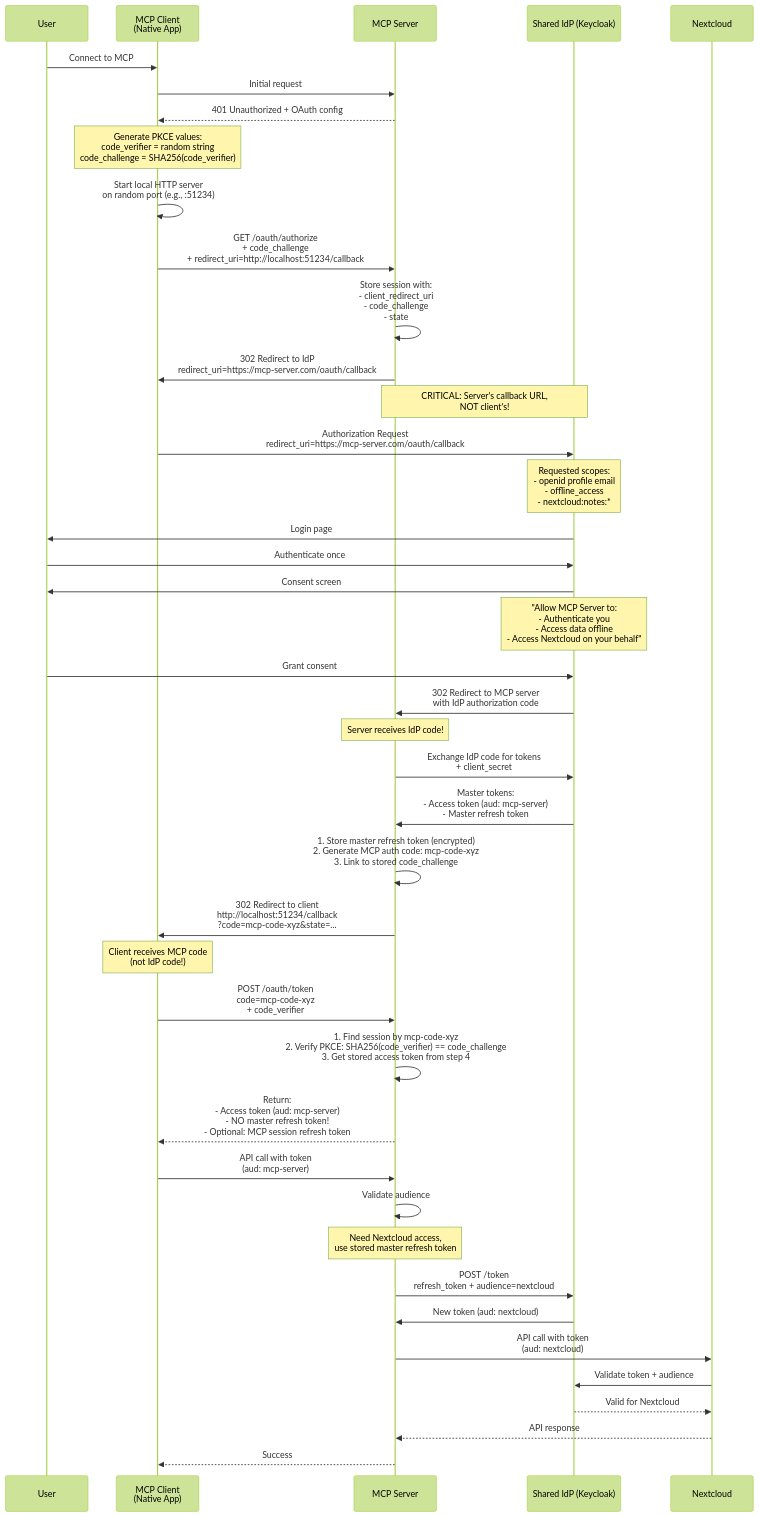
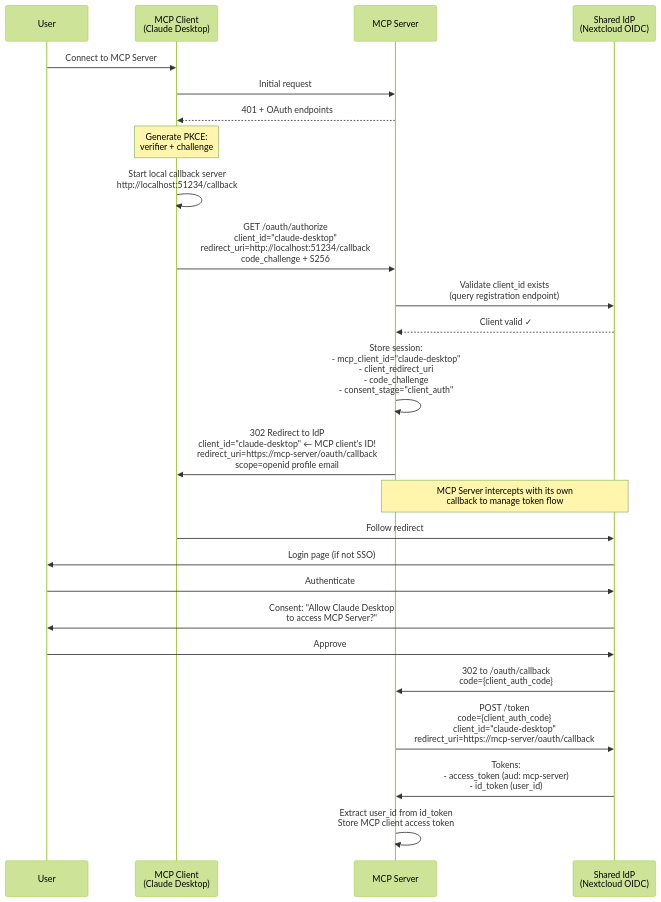
Before and after one commit to cbcoutinho/nextcloud-mcp-server: the first of 5 diagrams in docs/ADR-004-mcp-application-oauth.md, drawn with Mermaid (forest theme). The commit also changed other lines of this file, not shown here.

First line of the commit message:
docs: Update ADR-004 with progressive consent architecture

````diff
--- a/docs/ADR-004-mcp-application-oauth.md
+++ b/docs/ADR-004-mcp-application-oauth.md
@@ -116,66 +158,41 @@
 ```mermaid
 sequenceDiagram
     participant User
-    participant MCPClient as MCP Client<br/>(Native App)
+    participant MCPClient as MCP Client<br/>(Claude Desktop)
     participant MCPServer as MCP Server
-    participant IdP as Shared IdP (Keycloak)
-    participant Nextcloud
+    participant IdP as Shared IdP<br/>(Nextcloud OIDC)
 
-    User->>MCPClient: Connect to MCP
+    User->>MCPClient: Connect to MCP Server
     MCPClient->>MCPServer: Initial request
-    MCPServer-->>MCPClient: 401 Unauthorized + OAuth config
+    MCPServer-->>MCPClient: 401 + OAuth endpoints
 
-    Note over MCPClient: Generate PKCE values:<br/>code_verifier = random string<br/>code_challenge = SHA256(code_verifier)
+    Note over MCPClient: Generate PKCE:<br/>verifier + challenge
 
-    MCPClient->>MCPClient: Start local HTTP server<br/>on random port (e.g., :51234)
+    MCPClient->>MCPClient: Start local callback server<br/>http://localhost:51234/callback
 
-    MCPClient->>MCPServer: GET /oauth/authorize<br/>+ code_challenge<br/>+ redirect_uri=http://localhost:51234/callback
+    MCPClient->>MCPServer: GET /oauth/authorize<br/>client_id="claude-desktop"<br/>redirect_uri=http://localhost:51234/callback<br/>code_challenge + S256
 
-    MCPServer->>MCPServer: Store session with:<br/>- client_redirect_uri<br/>- code_challenge<br/>- state
-    MCPServer->>MCPClient: 302 Redirect to IdP<br/>redirect_uri=https://mcp-server.com/oauth/callback
+    MCPServer->>IdP: Validate client_id exists<br/>(query registration endpoint)
+    IdP-->>MCPServer: Client valid ✓
 
-    Note over MCPServer,IdP: CRITICAL: Server's callback URL,<br/>NOT client's!
+    MCPServer->>MCPServer: Store session:<br/>- mcp_client_id="claude-desktop"<br/>- client_redirect_uri<br/>- code_challenge<br/>- consent_stage="client_auth"
 
-    MCPClient->>IdP: Authorization Request<br/>redirect_uri=https://mcp-server.com/oauth/callback
-    Note over IdP: Requested scopes:<br/>- openid profile email<br/>- offline_access<br/>- nextcloud:notes:*
+    MCPServer->>MCPClient: 302 Redirect to IdP<br/>client_id="claude-desktop" ← MCP client's ID!<br/>redirect_uri=https://mcp-server/oauth/callback<br/>scope=openid profile email
 
-    IdP->>User: Login page
-    User->>IdP: Authenticate once
+    Note over MCPServer,IdP: MCP Server intercepts with its own<br/>callback to manage token flow
 
-    IdP->>User: Consent screen
-    Note over IdP: "Allow MCP Server to:<br/>- Authenticate you<br/>- Access data offline<br/>- Access Nextcloud on your behalf"
+    MCPClient->>IdP: Follow redirect
+    IdP->>User: Login page (if not SSO)
+    User->>IdP: Authenticate
 
-    User->>IdP: Grant consent
-    IdP->>MCPServer: 302 Redirect to MCP server<br/>with IdP authorization code
+    IdP->>User: Consent: "Allow Claude Desktop<br/>to access MCP Server?"
+    User->>IdP: Approve
 
-    Note over MCPServer: Server receives IdP code!
+    IdP->>MCPServer: 302 to /oauth/callback<br/>code={client_auth_code}
 
-    MCPServer->>IdP: Exchange IdP code for tokens<br/>+ client_secret
-    IdP->>MCPServer: Master tokens:<br/>- Access token (aud: mcp-server)<br/>- Master refresh token
+    MCPServer->>IdP: POST /token<br/>code={client_auth_code}<br/>client_id="claude-desktop"<br/>redirect_uri=https://mcp-server/oauth/callback
 
-    MCPServer->>MCPServer: 1. Store master refresh token (encrypted)<br/>2. Generate MCP auth code: mcp-code-xyz<br/>3. Link to stored code_challenge
+    IdP->>MCPServer: Tokens:<br/>- access_token (aud: mcp-server)<br/>- id_token (user_id)
 
-    MCPServer->>MCPClient: 302 Redirect to client<br/>http://localhost:51234/callback<br/>?code=mcp-code-xyz&state=...
-
-    Note over MCPClient: Client receives MCP code<br/>(not IdP code!)
-
-    MCPClient->>MCPServer: POST /oauth/token<br/>code=mcp-code-xyz<br/>+ code_verifier
-
-    MCPServer->>MCPServer: 1. Find session by mcp-code-xyz<br/>2. Verify PKCE: SHA256(code_verifier) == code_challenge<br/>3. Get stored access token from step 4
-
-    MCPServer-->>MCPClient: Return:<br/>- Access token (aud: mcp-server)<br/>- NO master refresh token!<br/>- Optional: MCP session refresh token
-
-    MCPClient->>MCPServer: API call with token<br/>(aud: mcp-server)
-    MCPServer->>MCPServer: Validate audience
-
-    Note over MCPServer: Need Nextcloud access,<br/>use stored master refresh token
-
-    MCPServer->>IdP: POST /token<br/>refresh_token + audience=nextcloud
-    IdP->>MCPServer: New token (aud: nextcloud)
-
-    MCPServer->>Nextcloud: API call with token<br/>(aud: nextcloud)
-    Nextcloud->>IdP: Validate token + audience
-    IdP-->>Nextcloud: Valid for Nextcloud
-    Nextcloud-->>MCPServer: API response
-    MCPServer-->>MCPClient: Success
+    MCPServer->>MCPServer: Extract user_id from id_token<br/>Store MCP client access token
 ```
````
